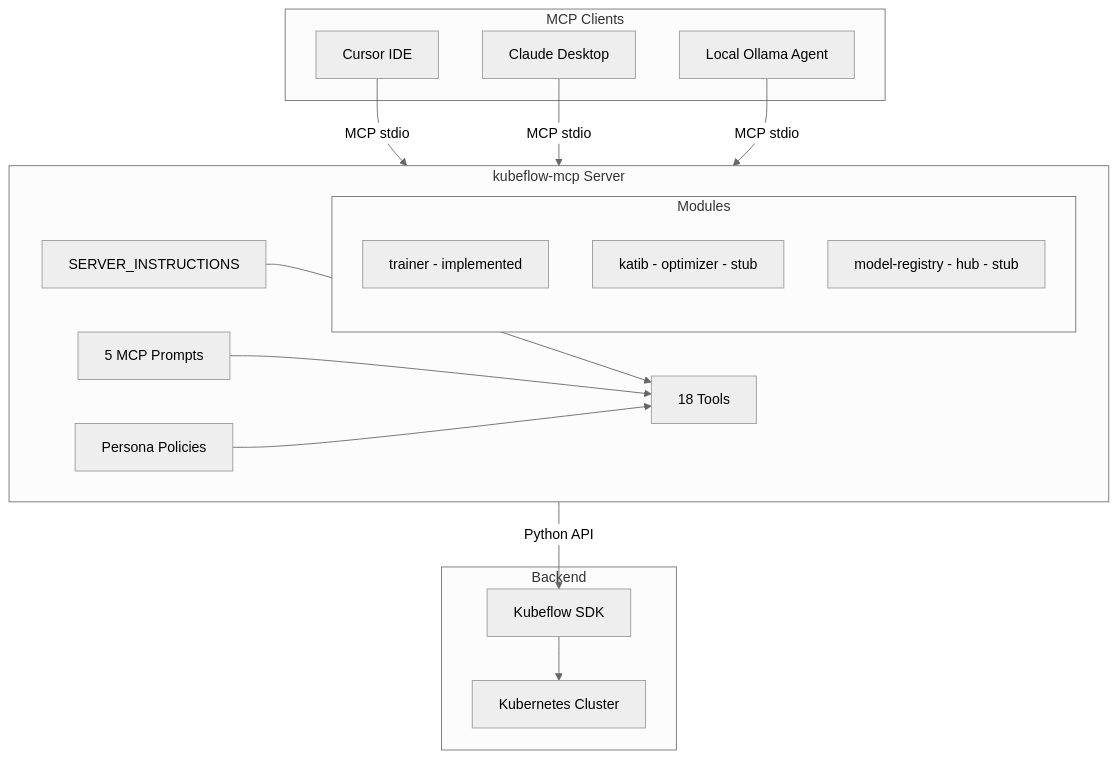
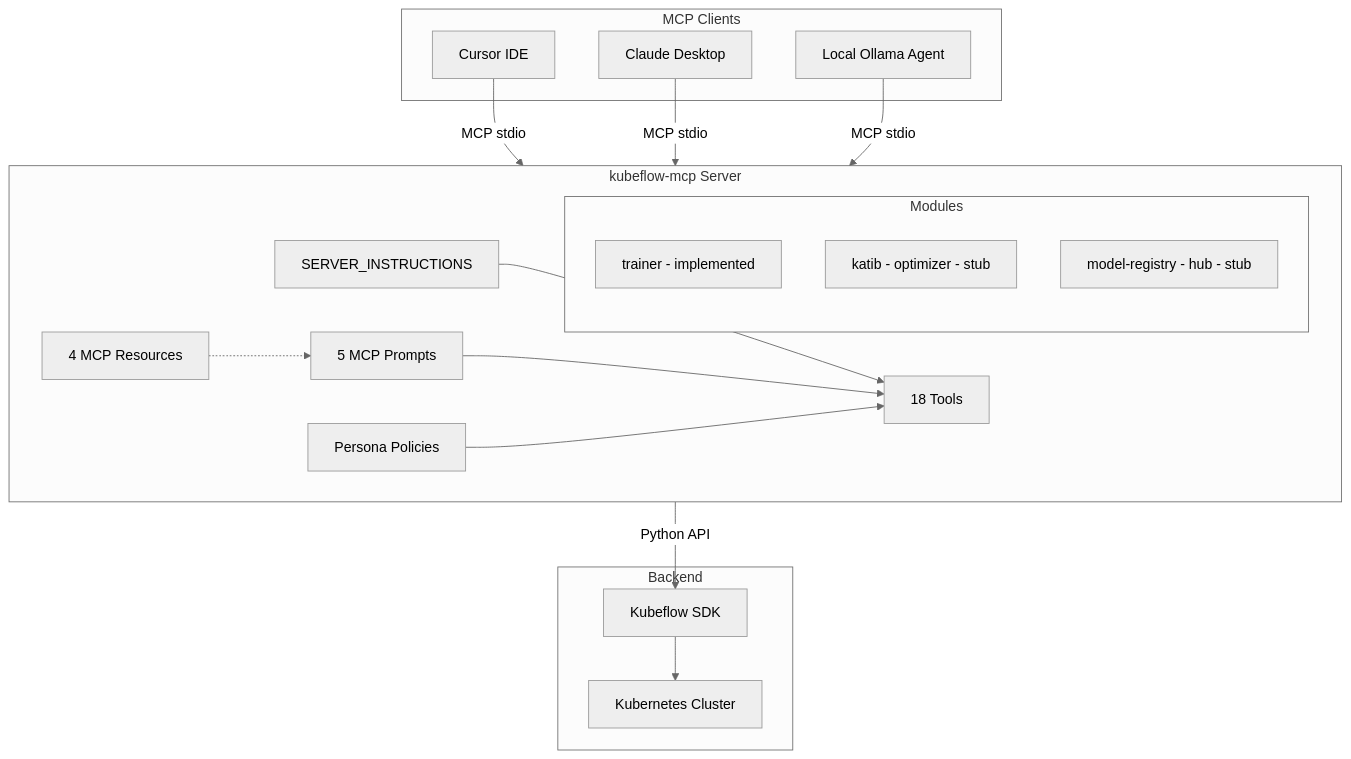
The first of 6 diagrams in docs/ARCHITECTURE.md (abhijeet-dhumal/mcp-server), drawn with Mermaid (neutral theme) before and after one commit. The commit also changed other lines of this file and 11 other files, not shown here.

Commit message:
feat: add MCP resources, centralize constants, consolidate tool modes

````diff
--- a/docs/ARCHITECTURE.md
+++ b/docs/ARCHITECTURE.md
@@ -7,36 +7,38 @@
 ```mermaid
 flowchart TB
     subgraph Clients["MCP Clients"]
         Cursor[Cursor IDE]
         Claude[Claude Desktop]
         LocalAgent[Local Ollama Agent]
     end
 
     subgraph Server["kubeflow-mcp Server"]
         Instructions[SERVER_INSTRUCTIONS]
         Prompts[5 MCP Prompts]
+        Resources[4 MCP Resources]
         Tools[18 Tools]
         Policy[Persona Policies]
         
         subgraph Modules["Modules"]
             Trainer[trainer - implemented]
             Optimizer[katib - optimizer - stub ]
             Hub[model-registry - hub - stub ]
         end
         
         Instructions --> Tools
         Prompts --> Tools
+        Resources -.-> Prompts
         Policy --> Tools
     end
 
     subgraph Backend["Backend"]
         SDK[Kubeflow SDK]
         K8s[Kubernetes Cluster]
         SDK --> K8s
     end
 
     Cursor -->|MCP stdio| Server
     Claude -->|MCP stdio| Server
     LocalAgent -->|MCP stdio| Server
     Server -->|Python API| SDK
 ```
````
